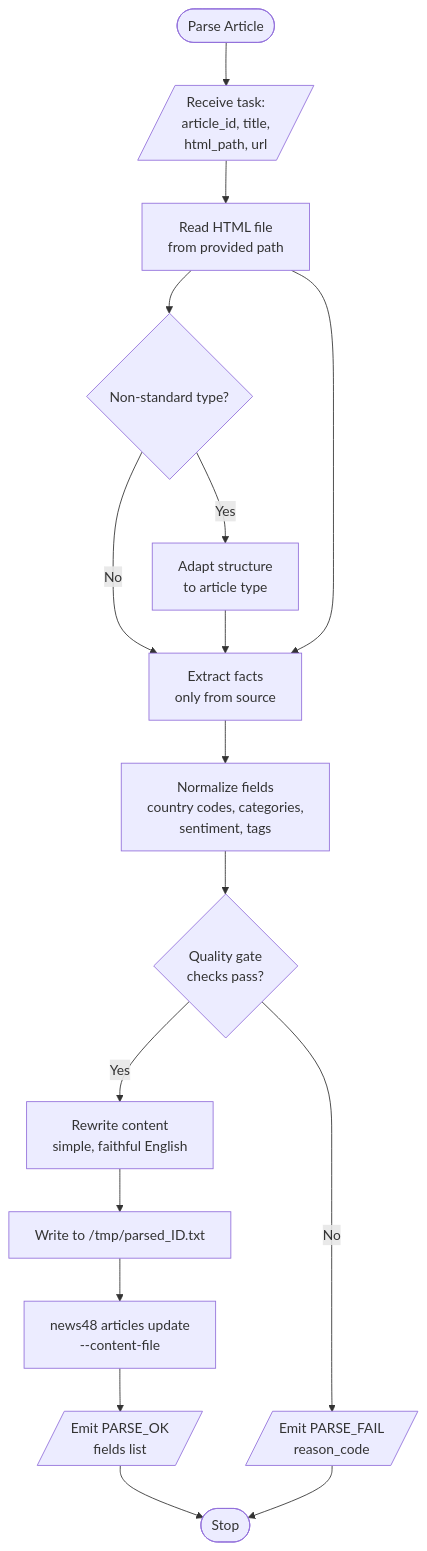
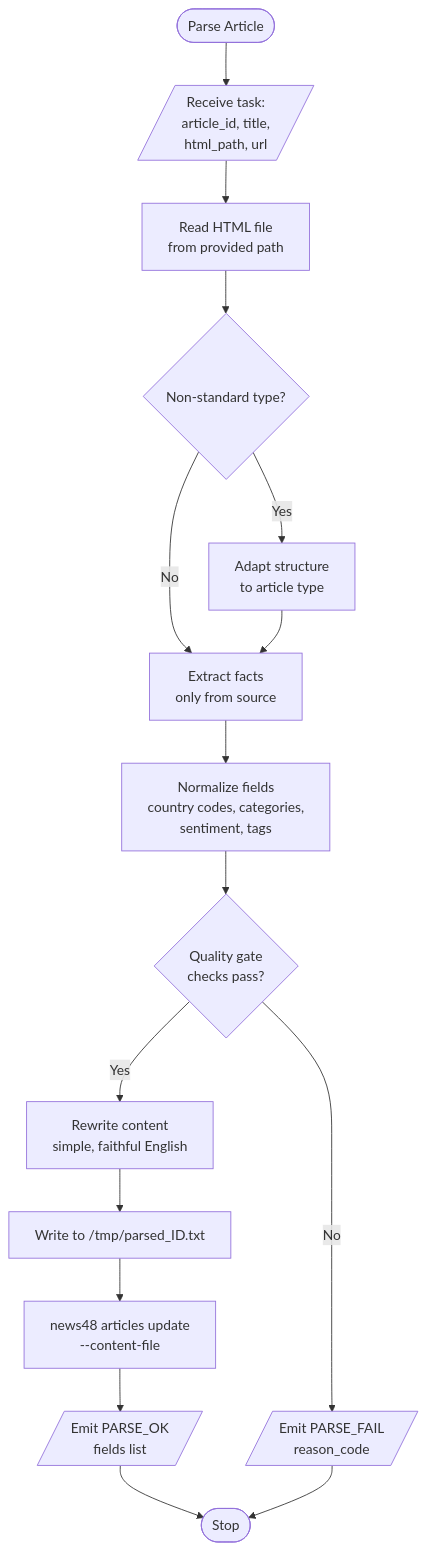
One commit to malvavisc0/news48 changed the diagram in agents/skills/parser/business-logic.md. Above: the diagram before and after it, drawn with Mermaid. The commit also changed 30 other files, not shown here.

````diff
--- a/agents/skills/parser/business-logic.md
+++ b/agents/skills/parser/business-logic.md
@@ -3,19 +3,18 @@
 ```mermaid
 flowchart TD
     Start([Parse Article]) --> Input[/Receive task:<br/>article_id, title,<br/>html_path, url/]
     Input --> ReadHTML[Read HTML file<br/>from provided path]
     ReadHTML --> TypeCheck{Non-standard type?}
     TypeCheck -->|Yes| Adapt[Adapt structure<br/>to article type]
     TypeCheck -->|No| Extract
-    Adapt --> Extract
-    ReadHTML --> Extract[Extract facts<br/>only from source]
+    Adapt --> Extract[Extract facts<br/>only from source]
     Extract --> Normalize[Normalize fields<br/>country codes, categories,<br/>sentiment, tags]
     Normalize --> QualityGate{Quality gate<br/>checks pass?}
     QualityGate -->|No| Fail[/Emit PARSE_FAIL<br/>reason_code/]
     QualityGate -->|Yes| Rewrite[Rewrite content<br/>simple, faithful English]
     Rewrite --> Stage[Write to /tmp/parsed_ID.txt]
     Stage --> Update[news48 articles update<br/>--content-file]
     Update --> Success[/Emit PARSE_OK<br/>fields list/]
     Success --> Stop([Stop])
     Fail --> Stop
 ```
````
